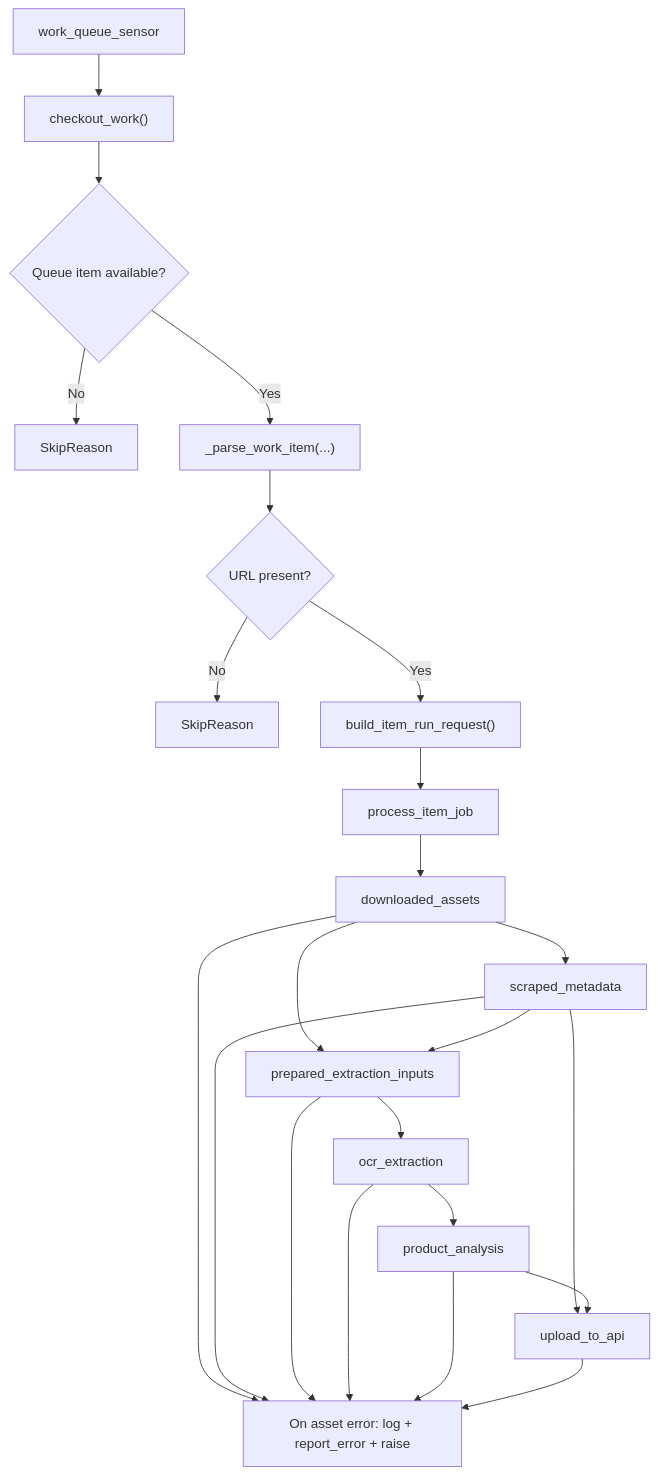
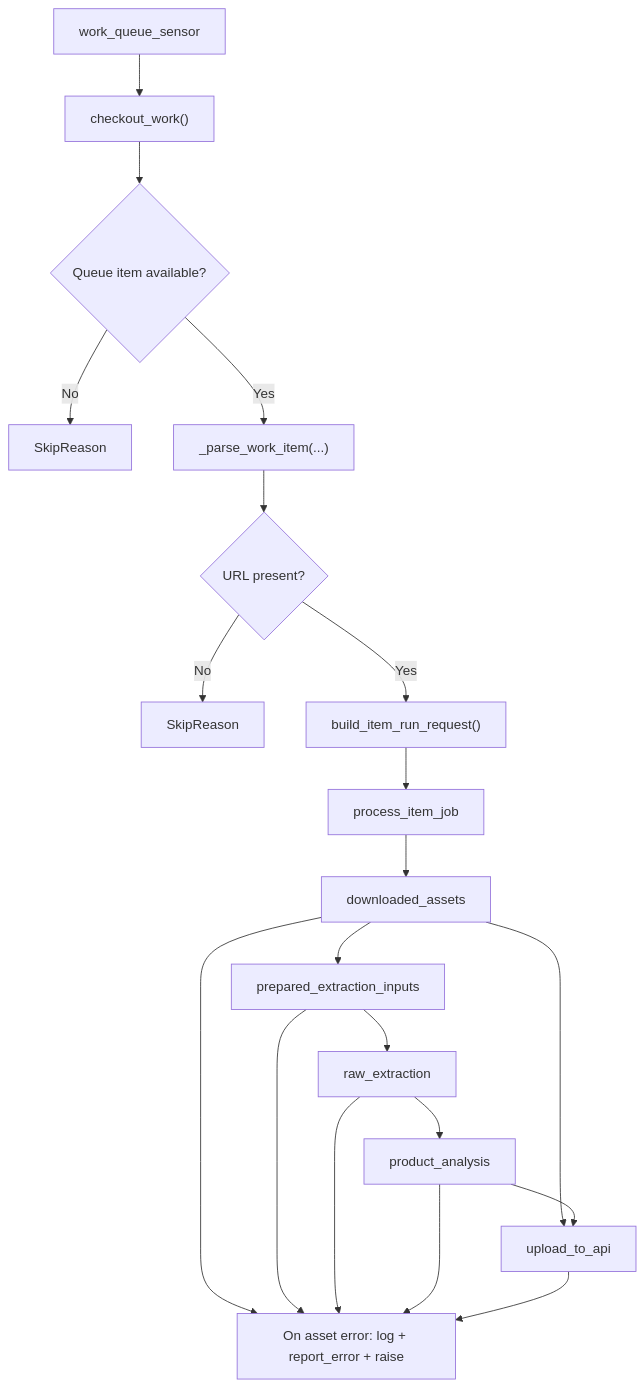
The first of 2 diagrams in services/agents/docs/pipeline.md (rflemerson/baboom), drawn with Mermaid before and after one commit. The commit also changed other lines of this file and 61 other files, not shown here.

````diff
--- a/services/agents/docs/pipeline.md
+++ b/services/agents/docs/pipeline.md
@@ -61,27 +56,24 @@
 ```mermaid
 flowchart TD
     A["work_queue_sensor"] --> B["checkout_work()"]
     B --> C{"Queue item available?"}
     C -- "No" --> C1["SkipReason"]
     C -- "Yes" --> D["_parse_work_item(...)"]
     D --> E{"URL present?"}
     E -- "No" --> E1["SkipReason"]
     E -- "Yes" --> F["build_item_run_request()"]
     F --> G["process_item_job"]
 
     G --> H["downloaded_assets"]
-    H --> I["scraped_metadata"]
     H --> J["prepared_extraction_inputs"]
-    I --> J
-    J --> K["ocr_extraction"]
+    J --> K["raw_extraction"]
     K --> L["product_analysis"]
-    I --> M["upload_to_api"]
+    H --> M["upload_to_api"]
     L --> M
 
     H --> X["On asset error: log + report_error + raise"]
-    I --> X
     J --> X
     K --> X
     L --> X
     M --> X
 ```
````
